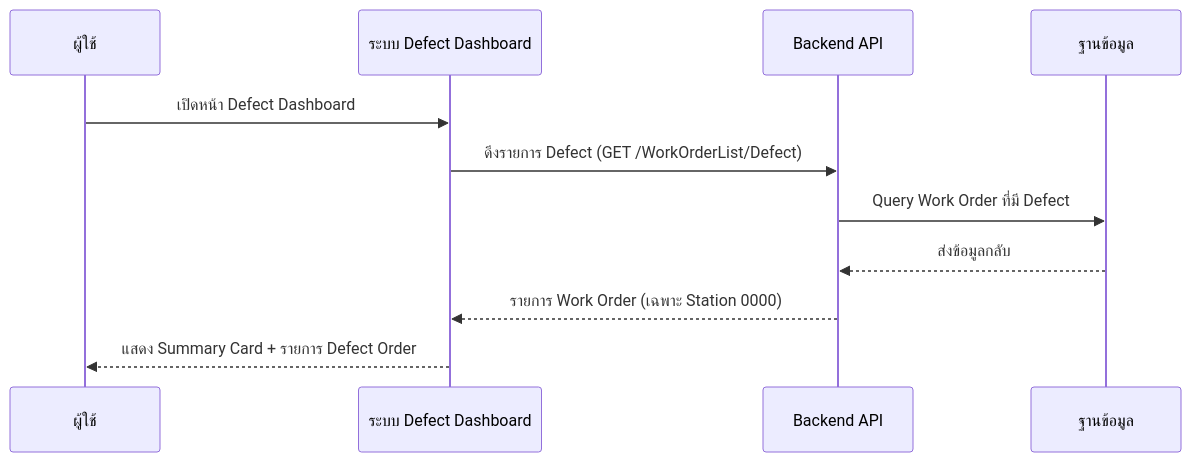
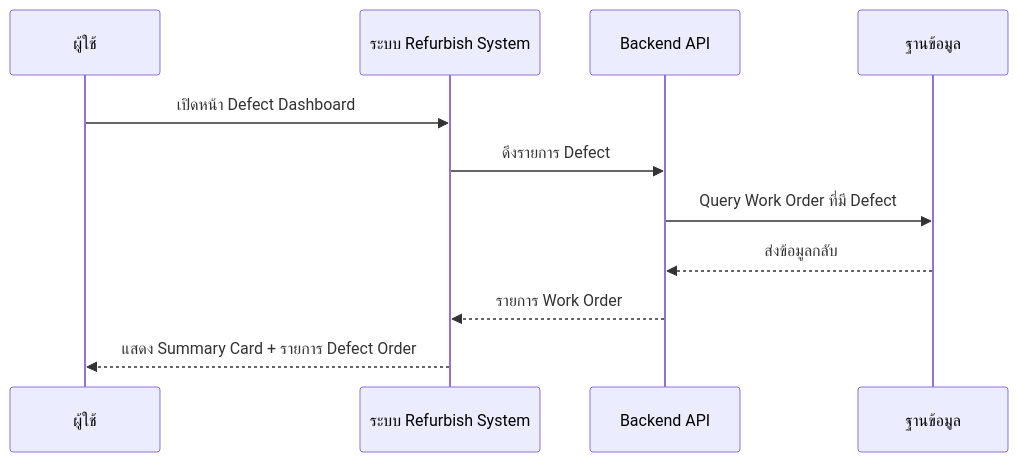
One commit to akkdach/pro-iot-mobile changed the first of 5 diagrams in docs/DefectDashboard_SequenceDiagram.md. Above: the diagram before and after it, drawn with Mermaid. The commit also changed other lines of this file and 2 other files, not shown here.

````diff
--- a/docs/DefectDashboard_SequenceDiagram.md
+++ b/docs/DefectDashboard_SequenceDiagram.md
@@ -5,14 +5,14 @@
 ```mermaid
 sequenceDiagram
     participant U as ผู้ใช้
-    participant DD as ระบบ Defect Dashboard
+    participant DD as ระบบ Refurbish System
     participant API as Backend API
     participant DB as ฐานข้อมูล
 
     U->>DD: เปิดหน้า Defect Dashboard
-    DD->>API: ดึงรายการ Defect (GET /WorkOrderList/Defect)
+    DD->>API: ดึงรายการ Defect
     API->>DB: Query Work Order ที่มี Defect
     DB-->>API: ส่งข้อมูลกลับ
-    API-->>DD: รายการ Work Order (เฉพาะ Station 0000)
+    API-->>DD: รายการ Work Order
     DD-->>U: แสดง Summary Card + รายการ Defect Order
 ```
````
